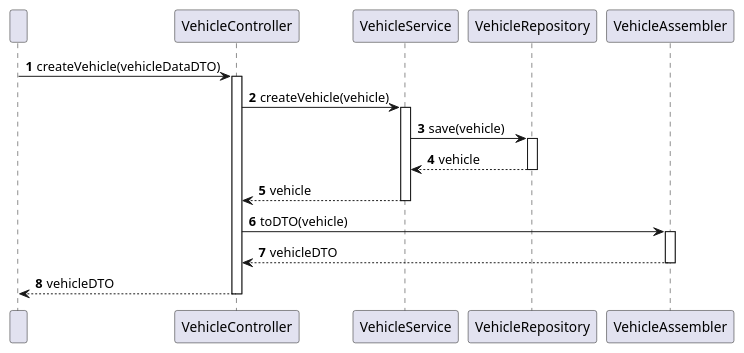
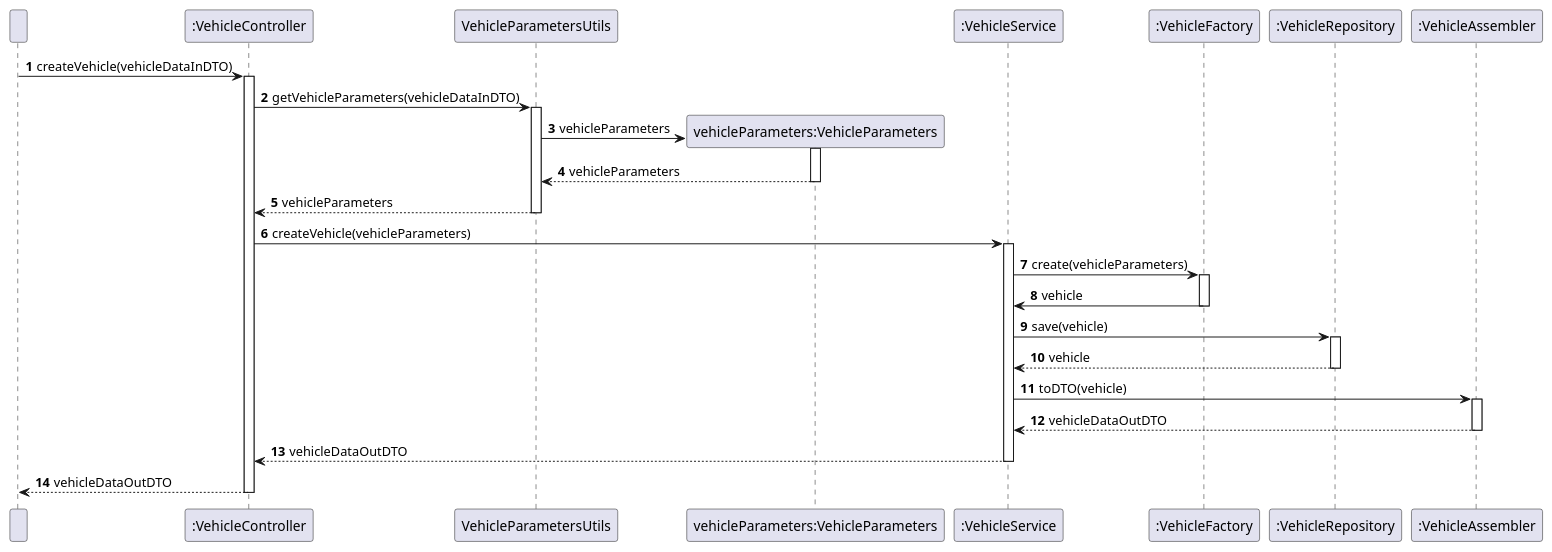
Before and after one commit to olivDiogo/lap-time-simulator: the diagram in docs/useCases/uc02_createVehicle/sd_uc02.puml, drawn with PlantUML. The commit also changed 24 other files, not shown here.

Commit message:
feat: implemented uc04 - getAllVehicles and uc05 - getVehicleFromList closes #2 closes #3

```diff
--- a/docs/useCases/uc02_createVehicle/sd_uc02.puml
+++ b/docs/useCases/uc02_createVehicle/sd_uc02.puml
@@ -1,37 +1,59 @@
 @startuml
 'https://plantuml.com/sequence-diagram
 
 autonumber
 
 participant " "
-participant VehicleController as CTRL
-participant VehicleService as SERV
-participant VehicleRepository as REPO
-participant VehicleAssembler as ASSEMBLER
+participant ":VehicleController" as CTRL
+participant VehicleParametersUtils as VehicleParametersUtils
+participant "vehicleParameters:VehicleParameters" as vehicleParameters
+participant ":VehicleService" as SERV
+participant ":VehicleFactory" as FACTORY
+participant ":VehicleRepository" as REPO
+participant ":VehicleAssembler" as ASSEMBLER
 
 
-" "-> CTRL: createVehicle(vehicleDataDTO)
+" " -> CTRL: createVehicle(vehicleDataInDTO)
 activate CTRL
 
-CTRL -> SERV: createVehicle(vehicle)
+CTRL -> VehicleParametersUtils: getVehicleParameters(vehicleDataInDTO)
+activate VehicleParametersUtils
+
+create vehicleParameters
+VehicleParametersUtils -> vehicleParameters: vehicleParameters
+activate vehicleParameters
+
+vehicleParameters --> VehicleParametersUtils: vehicleParameters
+deactivate vehicleParameters
+
+VehicleParametersUtils --> CTRL: vehicleParameters
+deactivate VehicleParametersUtils
+
+CTRL -> SERV: createVehicle(vehicleParameters)
 activate SERV
+
+SERV -> FACTORY: create(vehicleParameters)
+activate FACTORY
+
+FACTORY -> SERV: vehicle
+deactivate FACTORY
 
 SERV -> REPO: save(vehicle)
 activate REPO
 
 REPO --> SERV: vehicle
 deactivate REPO
 
-SERV --> CTRL: vehicle
+SERV -> ASSEMBLER: toDTO(vehicle)
+activate ASSEMBLER
+
+ASSEMBLER --> SERV: vehicleDataOutDTO
+deactivate ASSEMBLER
+
+SERV --> CTRL: vehicleDataOutDTO
 deactivate SERV
 
-CTRL -> ASSEMBLER: toDTO(vehicle)
-activate ASSEMBLER
-
-ASSEMBLER --> CTRL: vehicleDTO
-deactivate ASSEMBLER
-
-CTRL --> " ": vehicleDTO
+CTRL --> " ": vehicleDataOutDTO
 deactivate CTRL
 
 @enduml
```
